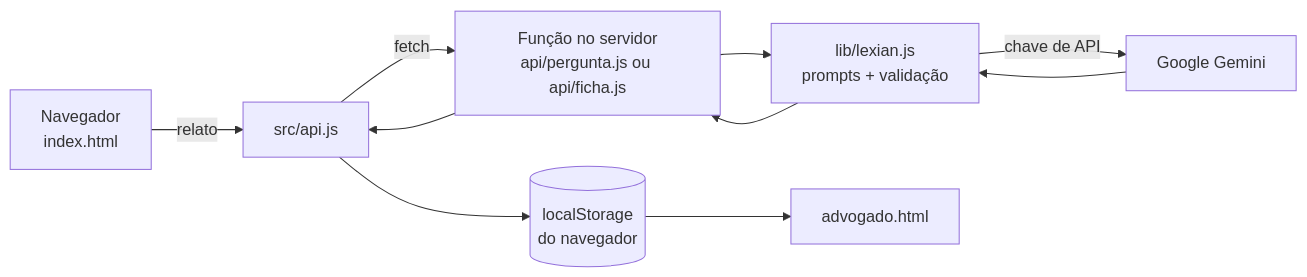
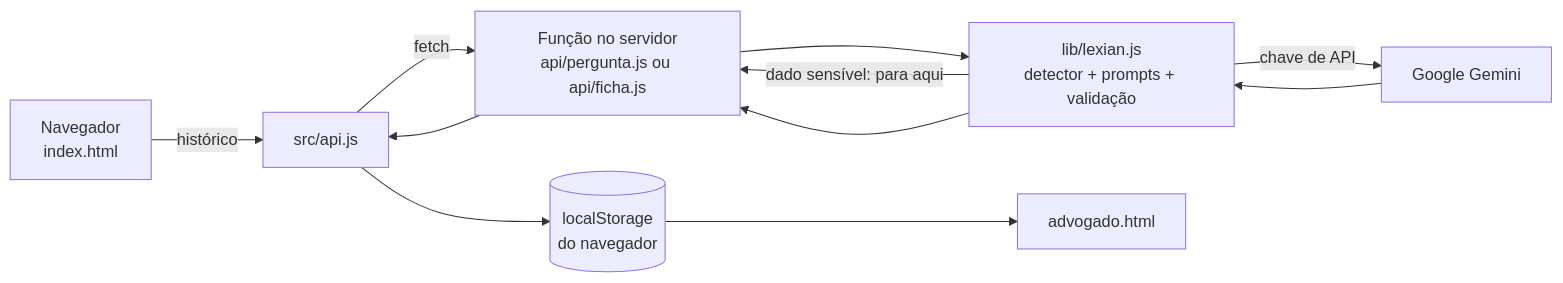
The diagram in README.md (LucasSamuelAR/lexian), drawn with Mermaid before and after one commit. The commit also changed other lines of this file and 9 other files, not shown here.

````diff
--- a/README.md
+++ b/README.md
@@ -55,12 +78,13 @@
 ```mermaid
 flowchart LR
-    A[Navegador<br/>index.html] -->|relato| B[src/api.js]
+    A[Navegador<br/>index.html] -->|histórico| B[src/api.js]
     B -->|fetch| C[Função no servidor<br/>api/pergunta.js ou api/ficha.js]
-    C --> D[lib/lexian.js<br/>prompts + validação]
+    C --> D[lib/lexian.js<br/>detector + prompts + validação]
+    D -->|dado sensível: para aqui| C
     D -->|chave de API| E[Google Gemini]
     E --> D
     D --> C
     C --> B
     B --> F[(localStorage<br/>do navegador)]
     F --> G[advogado.html]
 ```
````
